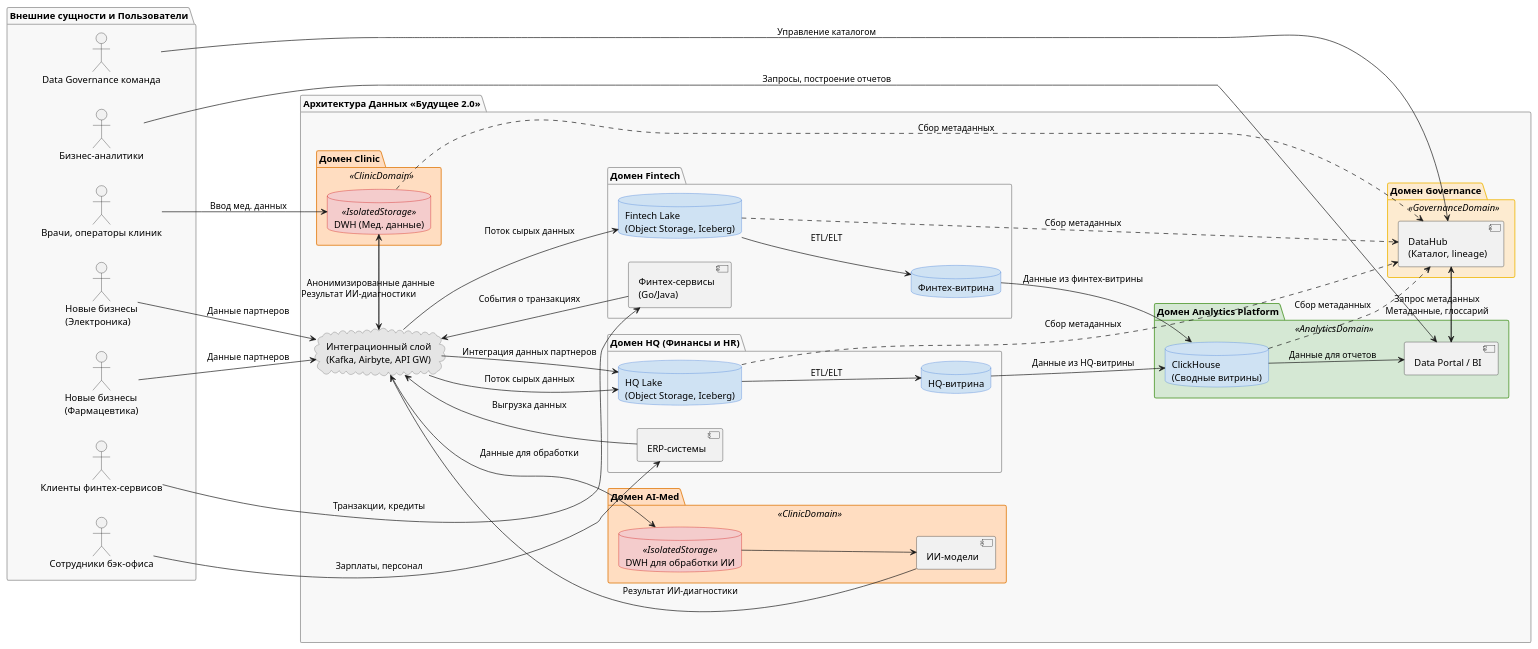
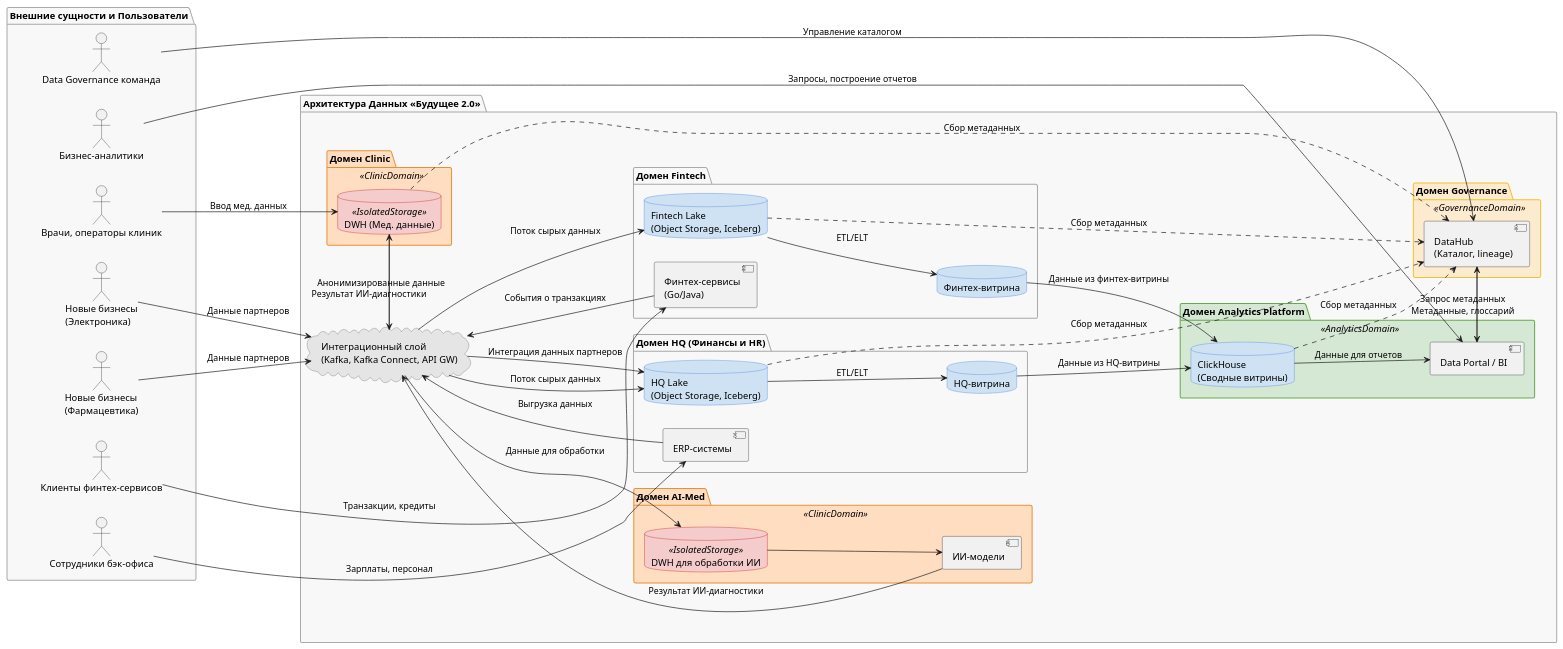
One commit to MaximStovba/architecture-future_2_0 changed the diagram in Task2/diagrams/DFD.puml. Above: the diagram before and after it, drawn with PlantUML. The commit also changed 5 other files, not shown here.

```diff
--- a/Task2/diagrams/DFD.puml
+++ b/Task2/diagrams/DFD.puml
@@ -1,132 +1,132 @@
 @startuml
 left to right direction
 hide empty members
 
 ' --- Определение стилей для стереотипов ---
 skinparam package {
     borderColor #A9A9A9
     backgroundColor #F8F8F8
 }
 skinparam database {
     borderColor #3c78d8
     backgroundColor #cfe2f3
 }
 
 ' --- Стереотипы для кастомных доменов ---
 skinparam package<<ClinicDomain>> {
     backgroundColor #FFDDC1
     borderColor #e69138
 }
 skinparam database<<IsolatedStorage>> {
     backgroundColor #f4cccc
     borderColor #cc0000
 }
 skinparam package<<AnalyticsDomain>> {
     backgroundColor #D5E8D4
     borderColor #6aa84f
 }
 skinparam package<<GovernanceDomain>> {
     backgroundColor #FDEBD0
     borderColor #f1c232
 }
 skinparam cloud {
     backgroundColor #E5E5E5
     borderColor #666666
 }
 
 
 ' ===== 1. Внешние Сущности и Пользователи =====
 package "Внешние сущности и Пользователи" {
   actor "Врачи, операторы клиник" as U_Clinic
   actor "Клиенты финтех-сервисов" as U_Fintech
   actor "Сотрудники бэк-офиса" as U_HQ
   actor "Бизнес-аналитики" as U_BI
   actor "Data Governance команда" as U_Gov
   actor "Новые бизнесы\n(Фармацевтика)" as Ext_Pharma
   actor "Новые бизнесы\n(Электроника)" as Ext_Electro
 }
 
 
 ' ===== 2. Домены, Интеграция, Хранение =====
 package "Архитектура Данных «Будущее 2.0»" {
 
   ' --- Центральный интеграционный слой ---
-  cloud "Интеграционный слой\n(Kafka, Airbyte, API GW)" as Integration
+  cloud "Интеграционный слой\n(Kafka, Kafka Connect, API GW)" as Integration
 
   package "Домен Clinic" <<ClinicDomain>> {
     database "DWH (Мед. данные)" as Clinic_DWH <<IsolatedStorage>>
   }
 
   package "Домен AI-Med" <<ClinicDomain>> {
     database "DWH для обработки ИИ" as AI_DWH <<IsolatedStorage>>
     component "ИИ-модели" as AI_Service
   }
   
   package "Домен Fintech" {
     component "Финтех-сервисы\n(Go/Java)" as Fintech_Services
     database "Fintech Lake\n(Object Storage, Iceberg)" as Fintech_Lake
     database "Финтех-витрина" as Fintech_DM
   }
 
   package "Домен HQ (Финансы и HR)" {
     component "ERP-системы" as HQ_Services
     database "HQ Lake\n(Object Storage, Iceberg)" as HQ_Lake
     database "HQ-витрина" as HQ_DM
   }
   
   package "Домен Analytics Platform" <<AnalyticsDomain>> {
     database "ClickHouse\n(Сводные витрины)" as Analytics_WH
     component "Data Portal / BI" as Analytics_Portal
   }
   
   package "Домен Governance" <<GovernanceDomain>> {
     component "DataHub\n(Каталог, lineage)" as Gov_Service
   }
 }
 
 ' ===== 3. Потоки данных между элементами =====
 
 ' --- Потоки от пользователей к системам ---
 U_Clinic --> Clinic_DWH : "Ввод мед. данных"
 U_Fintech --> Fintech_Services : "Транзакции, кредиты"
 U_HQ --> HQ_Services : "Зарплаты, персонал"
 Fintech_Services -> Integration : "События о транзакциях"
 HQ_Services -> Integration : "Выгрузка данных"
 
 ' --- Клинические и ИИ потоки ---
 Clinic_DWH -> Integration : "Анонимизированные данные"
 Integration --> AI_DWH : "Данные для обработки"
 AI_DWH --> AI_Service
 AI_Service -> Integration : "Результат ИИ-диагностики"
 Integration -> Clinic_DWH : "\n\nРезультат ИИ-диагностики"
 ' Clinic_DWH -> Integration : "4.2. События для биллинга"
 
 ' --- Потоки в Data Lakehouse ---
 Integration --> Fintech_Lake : "Поток сырых данных"
 Fintech_Lake --> Fintech_DM : "ETL/ELT"
 Integration --> HQ_Lake : "Поток сырых данных"
 HQ_Lake --> HQ_DM : "ETL/ELT"
 
 ' --- Потоки от новых бизнесов ---
 Ext_Pharma -> Integration : "Данные партнеров"
 Ext_Electro -> Integration : "Данные партнеров"
 Integration --> HQ_Lake : "Интеграция данных партнеров"
 
 ' --- Аналитические потоки ---
 Fintech_DM --> Analytics_WH : "Данные из финтех-витрины"
 HQ_DM --> Analytics_WH : "Данные из HQ-витрины"
 Analytics_WH --> Analytics_Portal : "Данные для отчетов"
 U_BI -> Analytics_Portal : "Запросы, построение отчетов"
 
 ' --- Потоки управления данными (Governance) ---
 U_Gov -> Gov_Service : "Управление каталогом"
 Analytics_Portal --> Gov_Service : "Запрос метаданных\n"
 Gov_Service --> Analytics_Portal : "\nМетаданные, глоссарий"
 
 ' --- Потоки сбора метаданных (пунктир) ---
 Clinic_DWH ..> Gov_Service : "Сбор метаданных"
 Fintech_Lake ..> Gov_Service : "Сбор метаданных"
 HQ_Lake ..> Gov_Service : "Сбор метаданных"
 Analytics_WH ..> Gov_Service : "Сбор метаданных"
 
 @enduml
```
